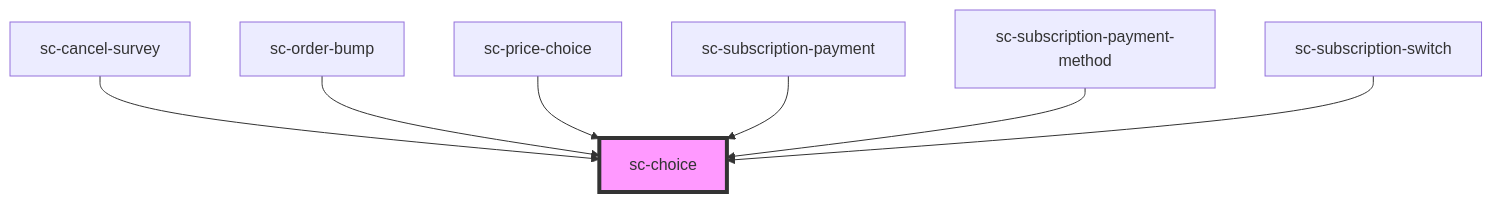
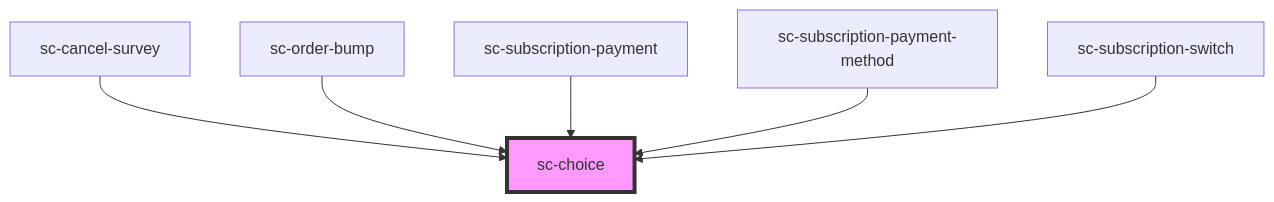
The diagram in packages/components/src/components/ui/choice/readme.md (surecart/surecart-wp-plugin), drawn with Mermaid before and after one commit. The commit also changed other lines of this file and 12 other files, not shown here.

````diff
--- a/packages/components/src/components/ui/choice/readme.md
+++ b/packages/components/src/components/ui/choice/readme.md
@@ -102,10 +101,9 @@
 ```mermaid
 graph TD;
   sc-cancel-survey --> sc-choice
   sc-order-bump --> sc-choice
-  sc-price-choice --> sc-choice
   sc-subscription-payment --> sc-choice
   sc-subscription-payment-method --> sc-choice
   sc-subscription-switch --> sc-choice
   style sc-choice fill:#f9f,stroke:#333,stroke-width:4px
 ```
````
